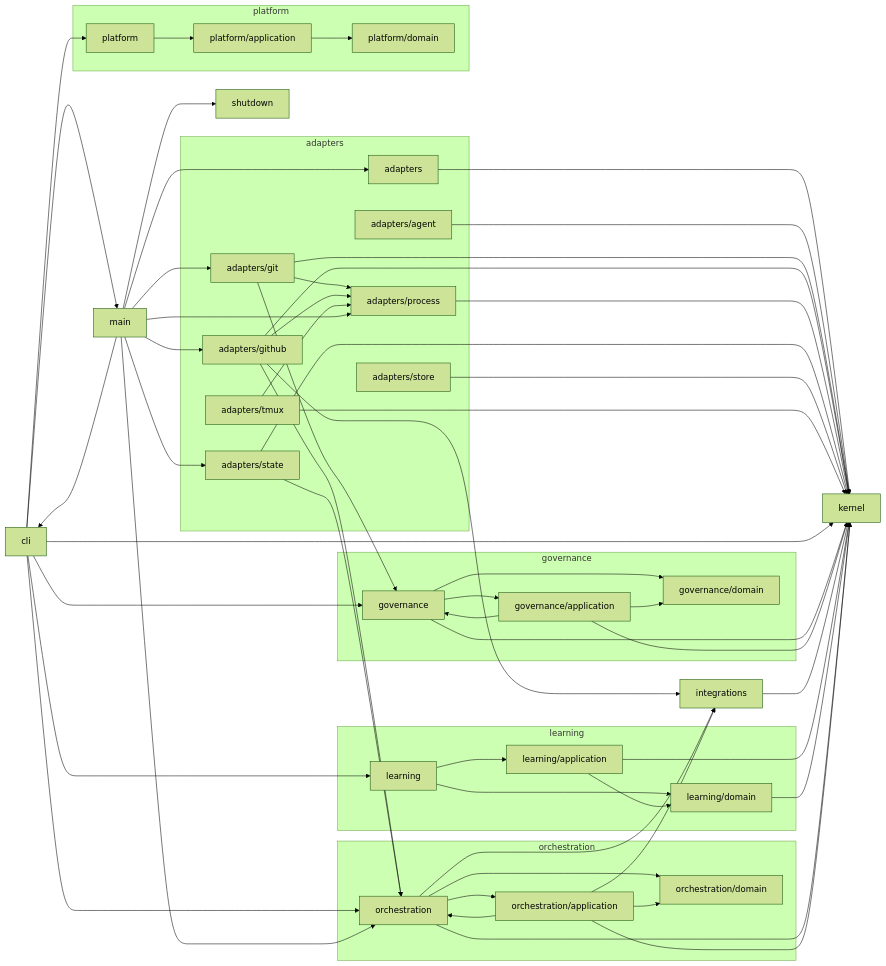
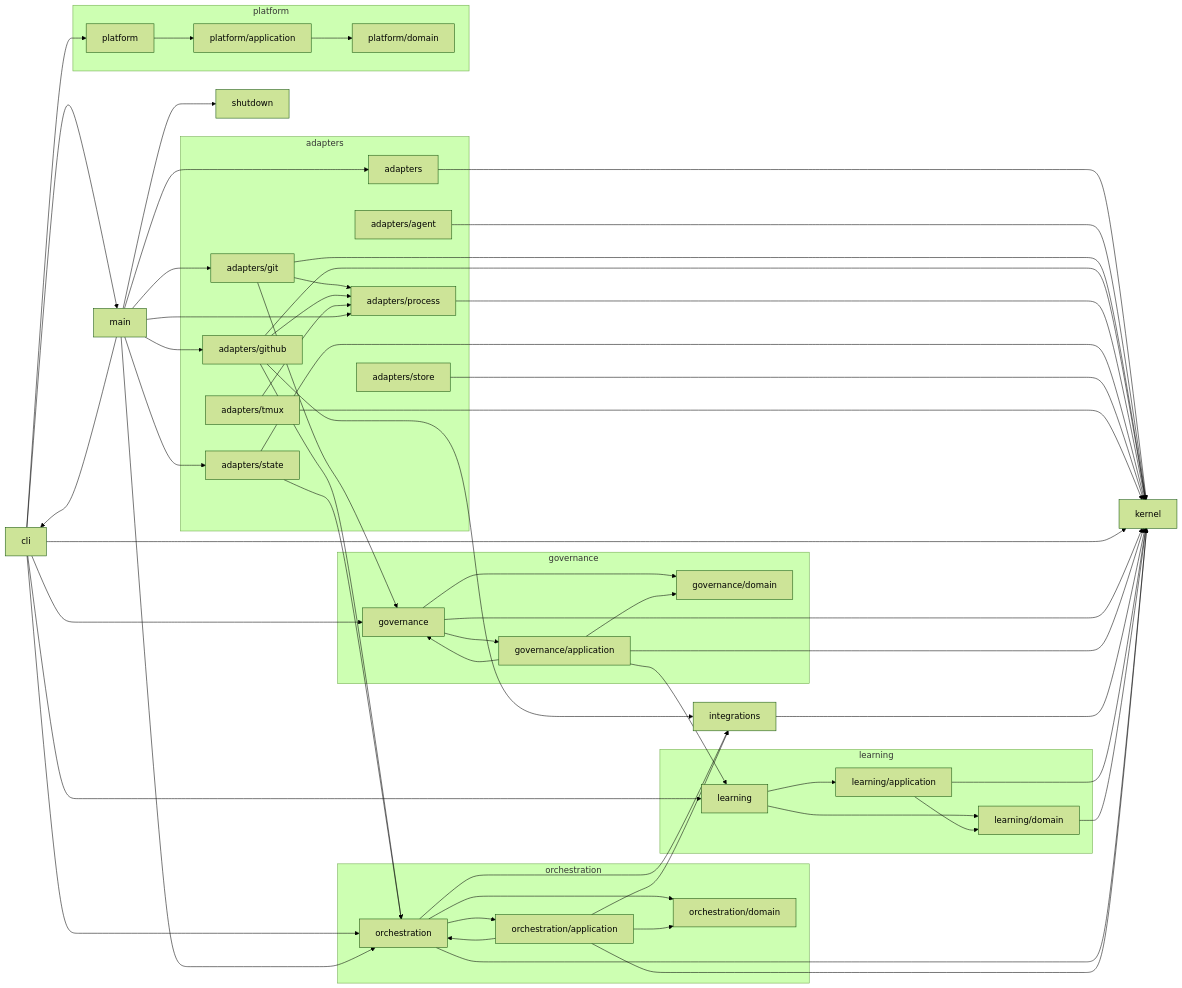
The diagram in docs/reference/dependency-graph.md (sethdford/shipwright), drawn with Mermaid (forest theme) before and after one commit. The commit also changed 27 other files, not shown here.

```diff
--- a/docs/reference/dependency-graph.md
+++ b/docs/reference/dependency-graph.md
@@ -69,6 +69,7 @@
   governance_application --> governance
   governance_application --> governance_domain
   governance_application --> kernel
+  governance_application --> learning
   integrations --> kernel
   learning --> learning_application
   learning --> learning_domain
```
